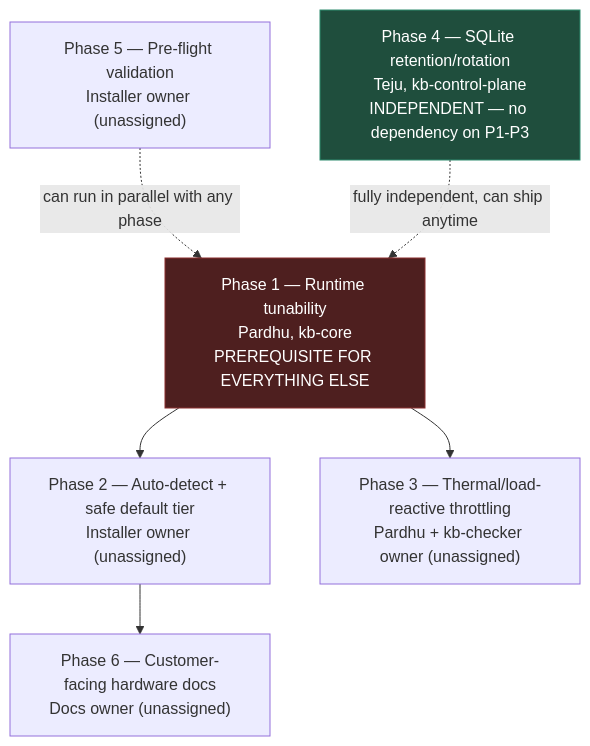
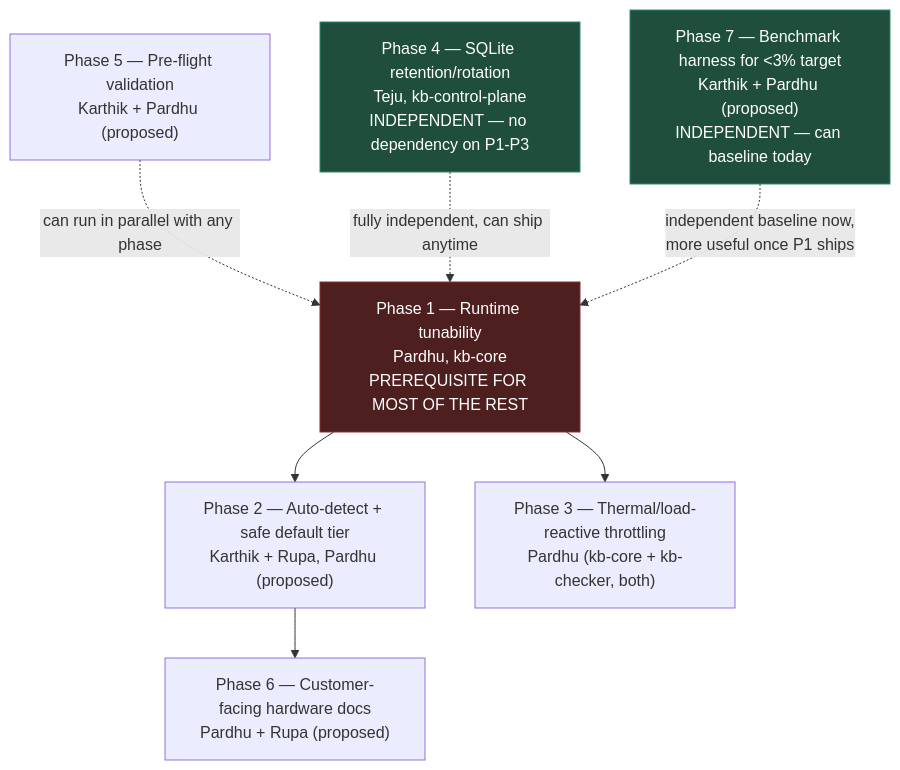
The diagram in docs/architecture/resource_management_roadmap.md (pardhuvarmax/kernel-borderlands), drawn with Mermaid before and after one commit. The commit also changed other lines of this file, not shown here.

````diff
--- a/docs/architecture/resource_management_roadmap.md
+++ b/docs/architecture/resource_management_roadmap.md
@@ -101,18 +110,21 @@
 ```mermaid
 flowchart TD
-    P1["Phase 1 — Runtime tunability<br/>Pardhu, kb-core<br/>PREREQUISITE FOR EVERYTHING ELSE"]
-    P2["Phase 2 — Auto-detect + safe default tier<br/>Installer owner (unassigned)"]
-    P3["Phase 3 — Thermal/load-reactive throttling<br/>Pardhu + kb-checker owner (unassigned)"]
-    P5["Phase 5 — Pre-flight validation<br/>Installer owner (unassigned)"]
-    P6["Phase 6 — Customer-facing hardware docs<br/>Docs owner (unassigned)"]
+    P1["Phase 1 — Runtime tunability<br/>Pardhu, kb-core<br/>PREREQUISITE FOR MOST OF THE REST"]
+    P2["Phase 2 — Auto-detect + safe default tier<br/>Karthik + Rupa, Pardhu (proposed)"]
+    P3["Phase 3 — Thermal/load-reactive throttling<br/>Pardhu (kb-core + kb-checker, both)"]
+    P5["Phase 5 — Pre-flight validation<br/>Karthik + Pardhu (proposed)"]
+    P6["Phase 6 — Customer-facing hardware docs<br/>Pardhu + Rupa (proposed)"]
     P4["Phase 4 — SQLite retention/rotation<br/>Teju, kb-control-plane<br/>INDEPENDENT — no dependency on P1-P3"]
+    P7["Phase 7 — Benchmark harness for &lt;3% target<br/>Karthik + Pardhu (proposed)<br/>INDEPENDENT — can baseline today"]
 
     P1 --> P2
     P1 --> P3
     P2 --> P6
     P5 -.->|can run in parallel with any phase| P1
     P4 -.->|fully independent, can ship anytime| P1
+    P7 -.->|independent baseline now,<br/>more useful once P1 ships| P1
 
     style P1 fill:#4e1f1f,stroke:#8b2e2e,color:#fff
     style P4 fill:#1f4e3d,stroke:#2e8b6f,color:#fff
+    style P7 fill:#1f4e3d,stroke:#2e8b6f,color:#fff
 ```
````
